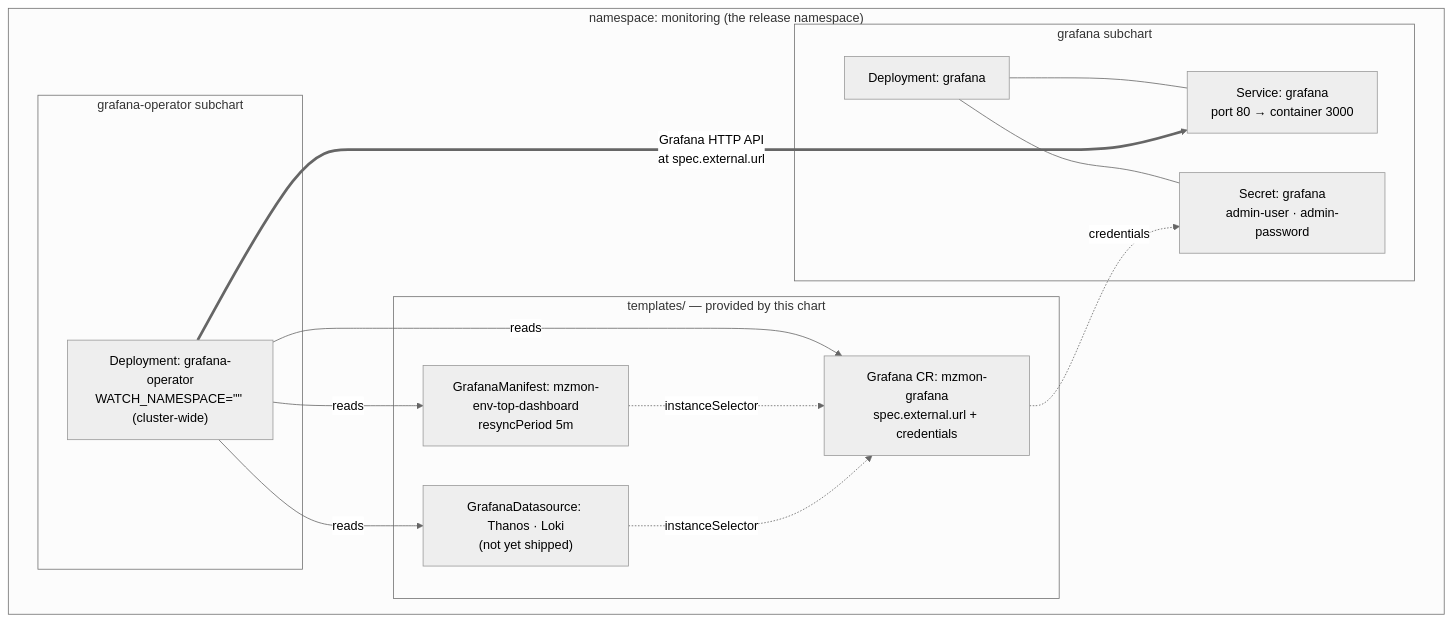
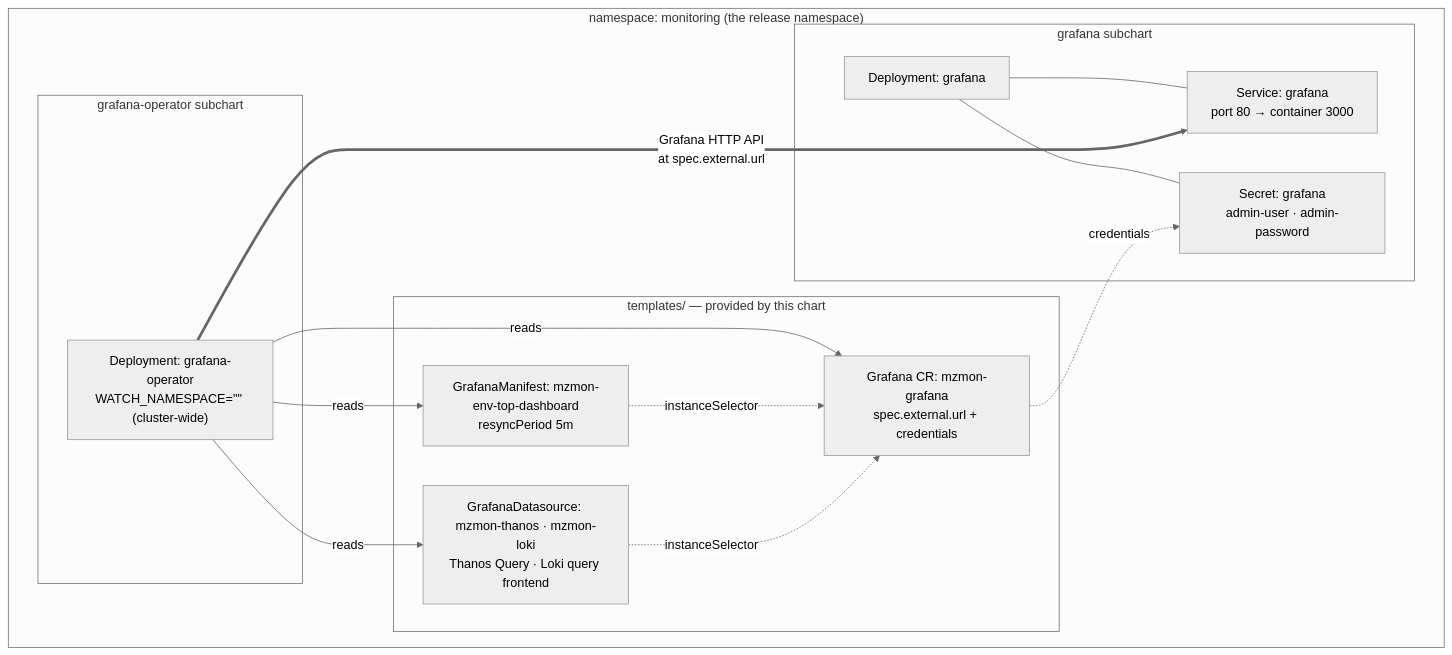
One commit to MaterializeInc/materialize-monitoring changed the diagram in docs/content/dashboards/grafana/architecture.md. Above: the diagram before and after it, drawn with Mermaid (neutral theme). The commit also changed other lines of this file and 10 other files, not shown here.

````diff
--- a/docs/content/dashboards/grafana/architecture.md
+++ b/docs/content/dashboards/grafana/architecture.md
@@ -113,30 +113,30 @@
 ```mermaid
 flowchart TB
   subgraph ns["namespace: monitoring (the release namespace)"]
     subgraph chart_grafana["grafana subchart"]
       gdep["Deployment: grafana"]
       gsvc["Service: grafana<br/>port 80 → container 3000"]
       gsec["Secret: grafana<br/>admin-user · admin-password"]
       gdep --- gsvc
       gdep --- gsec
     end
 
     subgraph chart_op["grafana-operator subchart"]
       opdep["Deployment: grafana-operator<br/>WATCH_NAMESPACE=&quot;&quot; (cluster-wide)"]
     end
 
     subgraph provided["templates/ — provided by this chart"]
       gcr["Grafana CR: mzmon-grafana<br/>spec.external.url + credentials"]
       gman["GrafanaManifest: mzmon-env-top-dashboard<br/>resyncPeriod 5m"]
-      gds["GrafanaDatasource: Thanos · Loki<br/>(not yet shipped)"]
+      gds["GrafanaDatasource: mzmon-thanos · mzmon-loki<br/>Thanos Query · Loki query frontend"]
     end
   end
 
   opdep -->|"reads"| gcr
   opdep -->|"reads"| gman
   opdep -->|"reads"| gds
   gman -.->|"instanceSelector"| gcr
   gds -.->|"instanceSelector"| gcr
   opdep ==>|"Grafana HTTP API<br/>at spec.external.url"| gsvc
   gcr -.->|"credentials"| gsec
 ```
````
